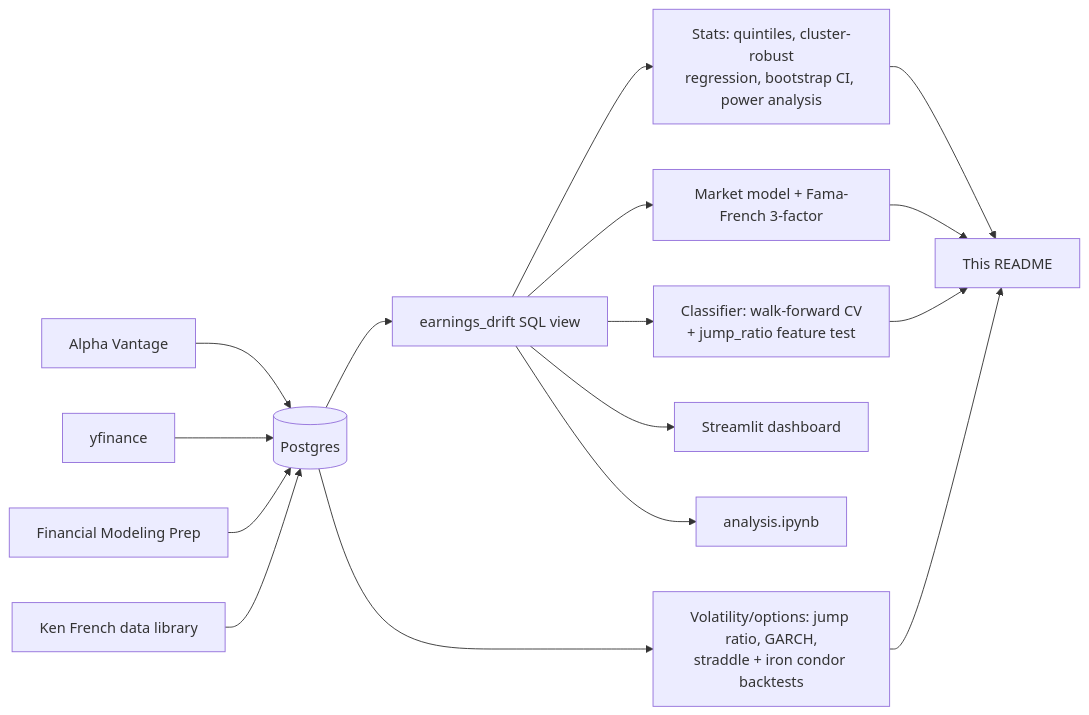
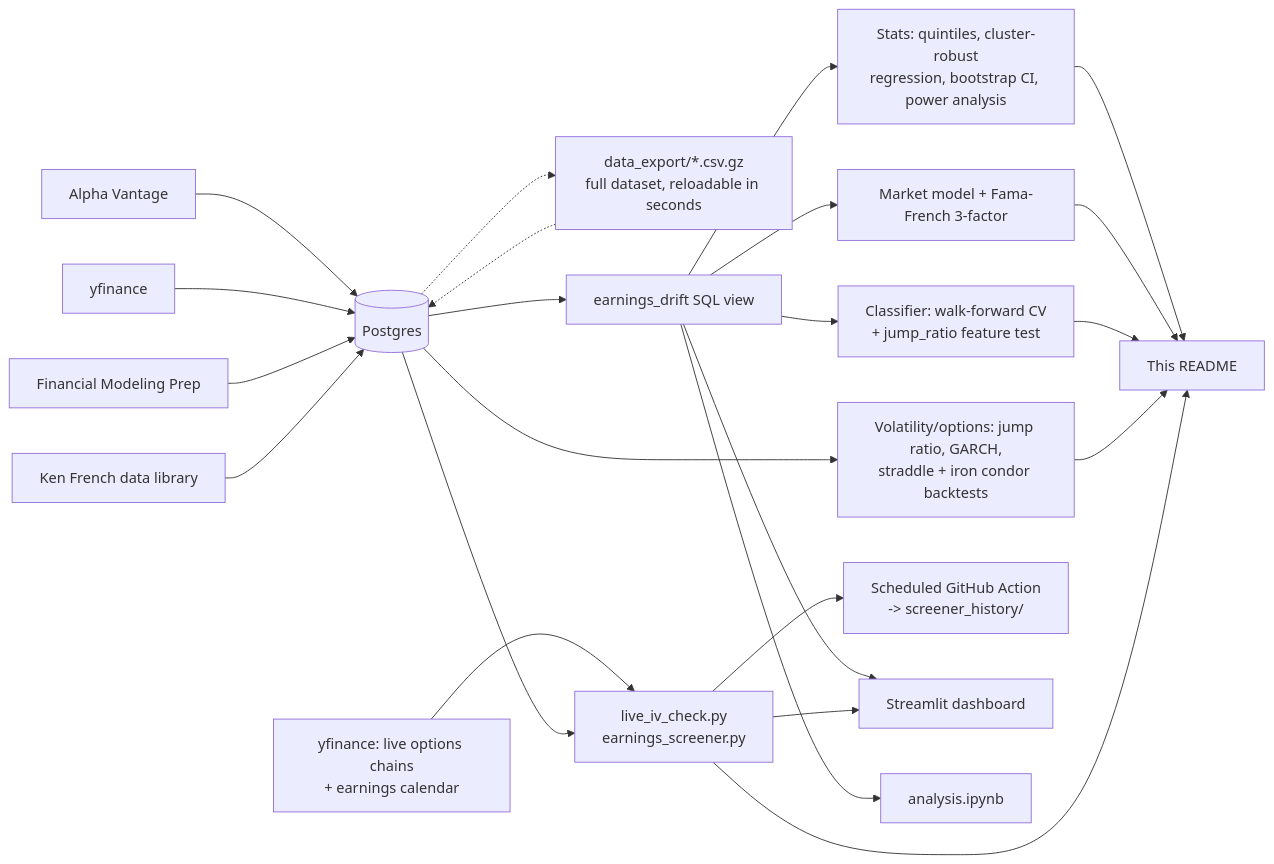
The diagram in README.md (Noviath61/pead-project), drawn with Mermaid before and after one commit.

Commit message:
Bring the architecture diagram up to date again
Still only showed the original stats/factors/ML branches from much
earlier in the project. Added the live tools (live_iv_check.py,
earnings_screener.py, fed by both the database and live yfinance data),
the scheduled GitHub Action that turns their output into
screener_history/, and the data_export/load_full_dataset.py
reproducibility path, none of which existed yet the last time this
diagram was touched.

````diff
--- a/README.md
+++ b/README.md
@@ -65,18 +65,25 @@
 ```mermaid
 flowchart LR
     AV[Alpha Vantage] --> DB[(Postgres)]
     YF[yfinance] --> DB
     FMP[Financial Modeling Prep] --> DB
     FF[Ken French data library] --> DB
+    DB -.-> EXPORT[data_export/*.csv.gz\nfull dataset, reloadable in seconds]
+    EXPORT -.-> DB
     DB --> VIEW[earnings_drift SQL view]
     VIEW --> STATS[Stats: quintiles, cluster-robust\nregression, bootstrap CI, power analysis]
     VIEW --> FACTORS[Market model + Fama-French 3-factor]
     VIEW --> ML[Classifier: walk-forward CV\n+ jump_ratio feature test]
     DB --> VOL[Volatility/options: jump ratio, GARCH,\nstraddle + iron condor backtests]
+    LIVEDATA[yfinance: live options chains\n+ earnings calendar] --> LIVE[live_iv_check.py\nearnings_screener.py]
+    DB --> LIVE
+    LIVE --> SCHED[Scheduled GitHub Action\n-> screener_history/]
     VIEW --> DASH[Streamlit dashboard]
+    LIVE --> DASH
     VIEW --> NB[analysis.ipynb]
     STATS --> README[This README]
     FACTORS --> README
     ML --> README
     VOL --> README
+    LIVE --> README
 ```
````
